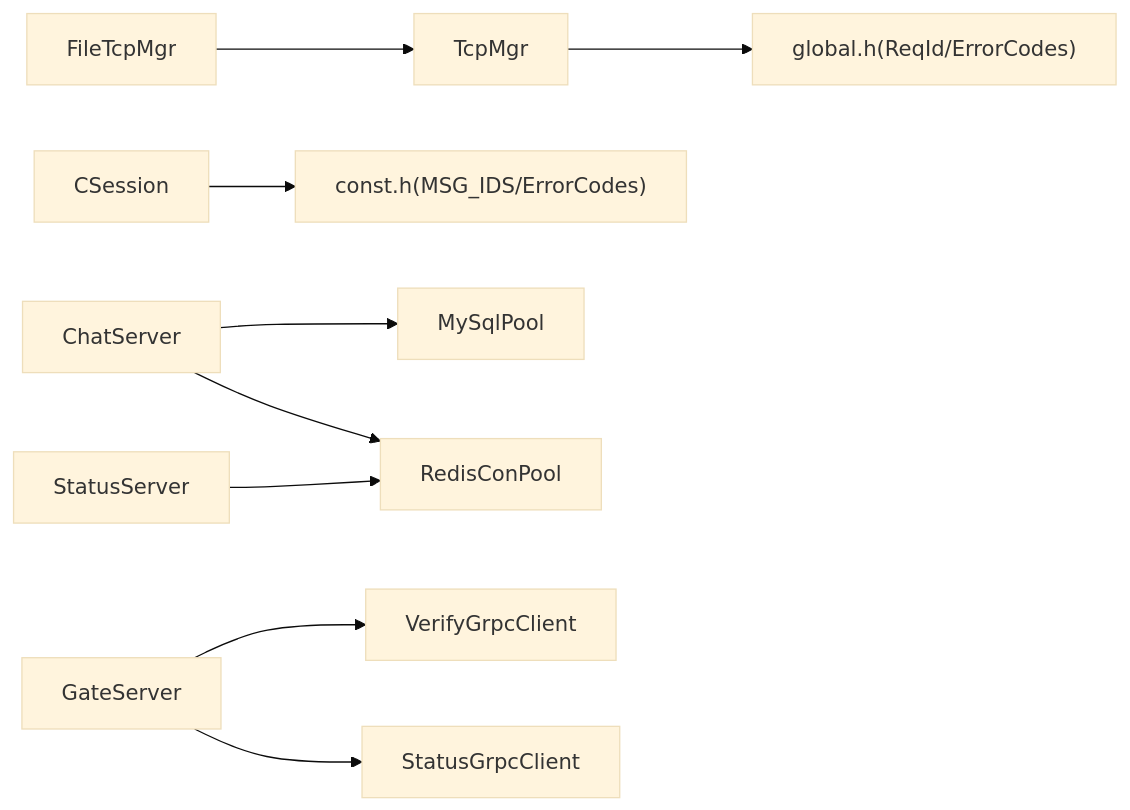
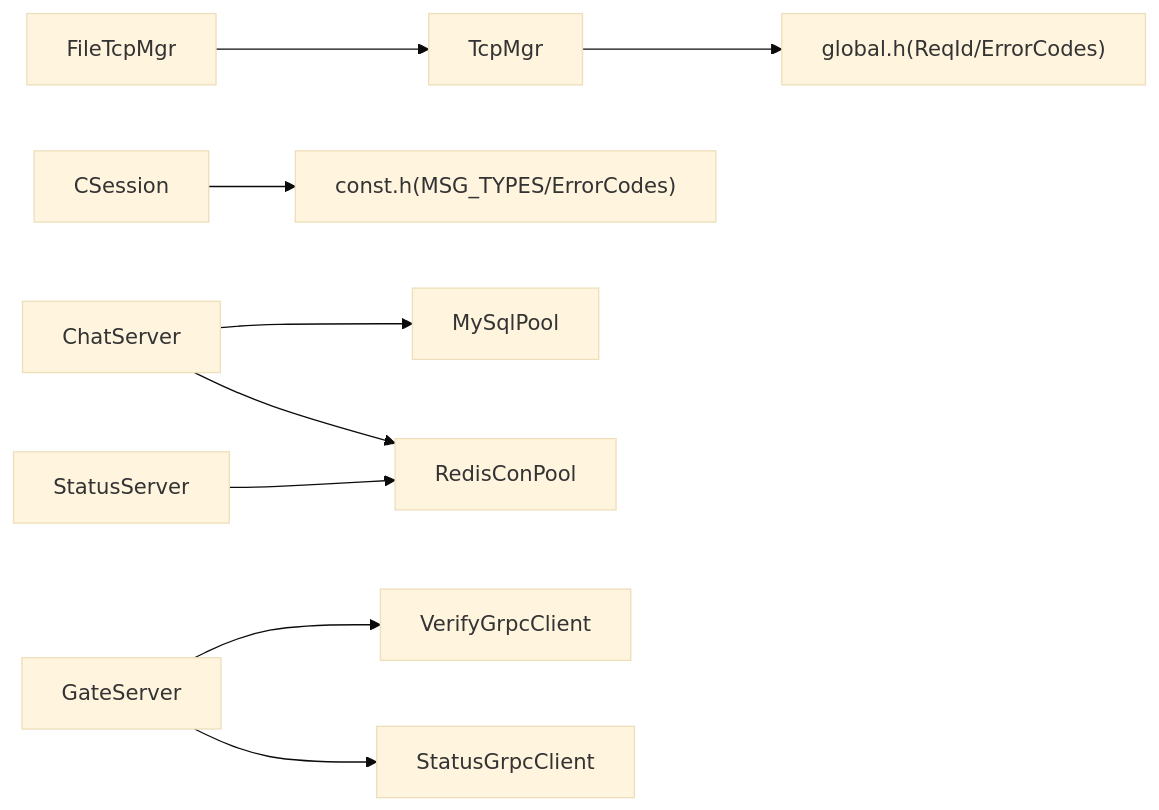
One commit to echo9923/mychatter changed the fifth of 5 diagrams in .qoder/repowiki/zh/content/部署运维/故障排查.md. Above: the diagram before and after it, drawn with Mermaid (base theme). The commit also changed other lines of this file and 128 other files, not shown here.

````diff
--- a/.qoder/repowiki/zh/content/部署运维/故障排查.md
+++ b/.qoder/repowiki/zh/content/部署运维/故障排查.md
@@ -197,11 +197,11 @@
 ```mermaid
 graph LR
 TcpMgr["TcpMgr"] --> Global["global.h(ReqId/ErrorCodes)"]
 FileTcpMgr["FileTcpMgr"] --> TcpMgr
-CSession["CSession"] --> Const["const.h(MSG_IDS/ErrorCodes)"]
+CSession["CSession"] --> Const["const.h(MSG_TYPES/ErrorCodes)"]
 ChatServer["ChatServer"] --> MysqlPool["MySqlPool"]
 ChatServer --> RedisPool["RedisConPool"]
 GateServer["GateServer"] --> VerifyClient["VerifyGrpcClient"]
 GateServer --> StatusClient["StatusGrpcClient"]
 StatusServer["StatusServer"] --> RedisPool
 ```
````
